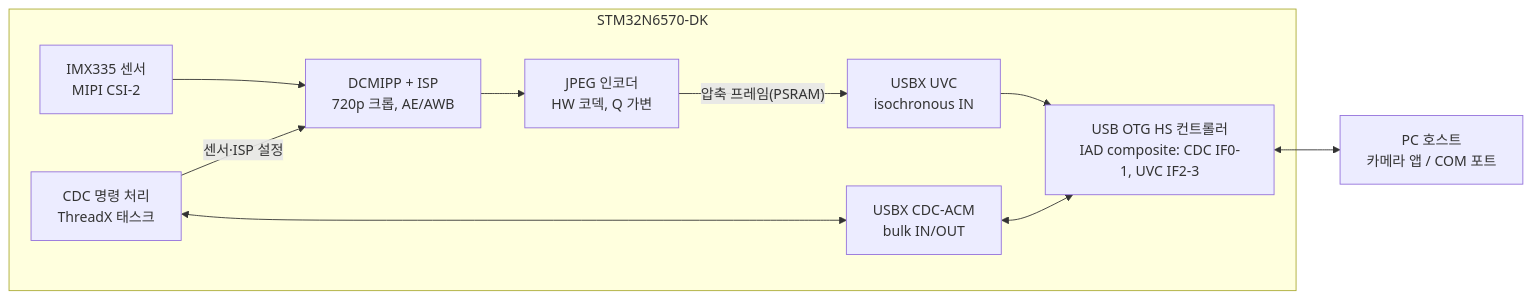
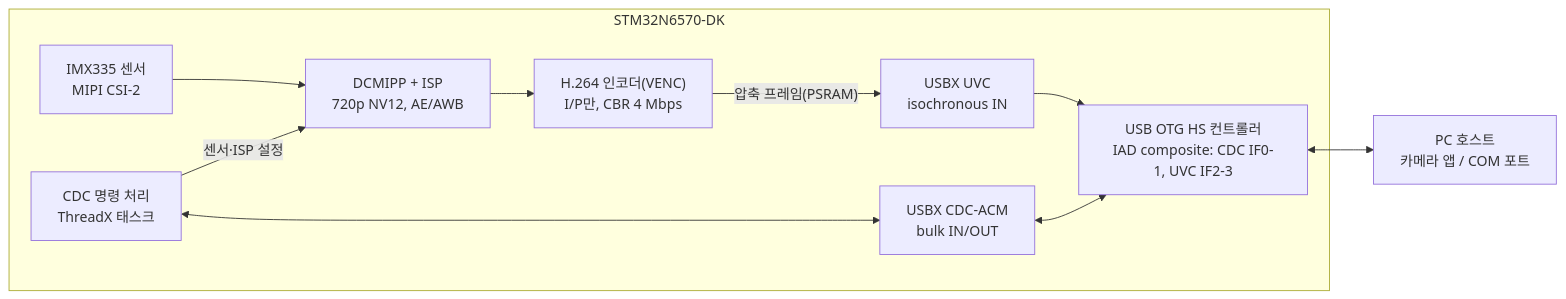
The diagram in docs/prd.md (Spearhead7/2702_STM32N6_UVC), drawn with Mermaid before and after one commit. The commit also changed other lines of this file, not shown here.

````diff
--- a/docs/prd.md
+++ b/docs/prd.md
@@ -101,13 +103,13 @@
 ```mermaid
 flowchart LR
     subgraph DK["STM32N6570-DK"]
-        SENSOR["IMX335 센서<br/>MIPI CSI-2"] --> ISP["DCMIPP + ISP<br/>720p 크롭, AE/AWB"]
-        ISP --> JPEG["JPEG 인코더<br/>HW 코덱, Q 가변"]
+        SENSOR["IMX335 센서<br/>MIPI CSI-2"] --> ISP["DCMIPP + ISP<br/>720p NV12, AE/AWB"]
+        ISP --> JPEG["H.264 인코더(VENC)<br/>I/P만, CBR 4 Mbps"]
         JPEG -- "압축 프레임(PSRAM)" --> UVC["USBX UVC<br/>isochronous IN"]
         CMD["CDC 명령 처리<br/>ThreadX 태스크"] <--> CDC["USBX CDC-ACM<br/>bulk IN/OUT"]
         CMD -- "센서·ISP 설정" --> ISP
         CDC <--> OTG["USB OTG HS 컨트롤러<br/>IAD composite: CDC IF0-1, UVC IF2-3"]
         UVC --> OTG
     end
     OTG <--> PC["PC 호스트<br/>카메라 앱 / COM 포트"]
 ```
````
